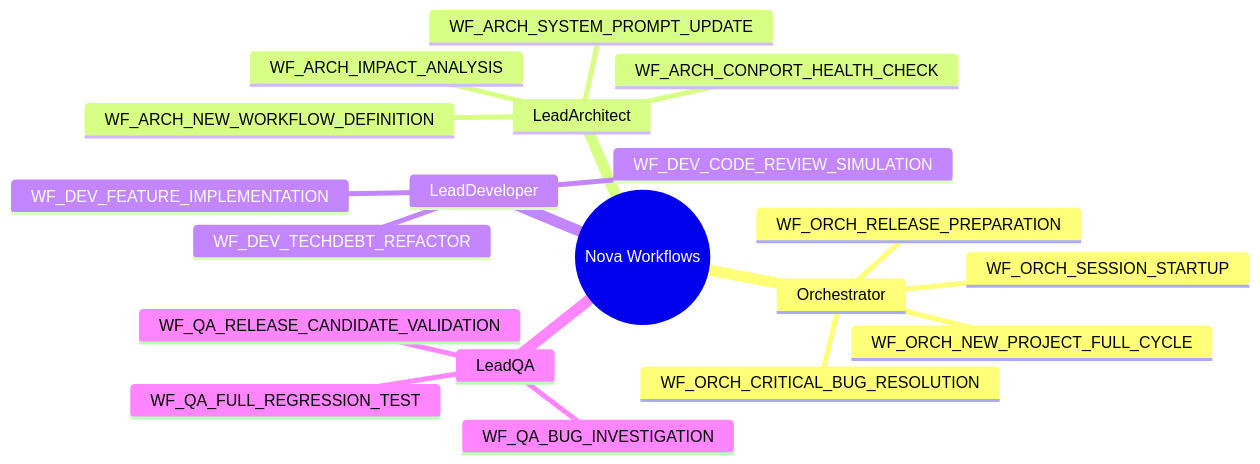
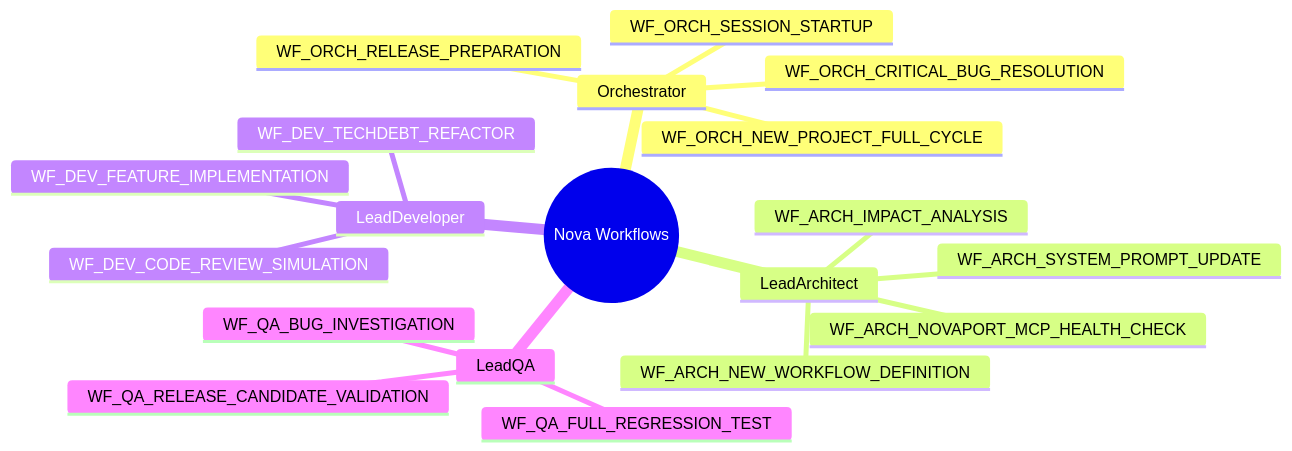
One commit to Siroopfles/NovaPort changed the fifth of 7 diagrams in NOVA_SYSTEM_ARCHITECTURE.md. Above: the diagram before and after it, drawn with Mermaid. The commit also changed other lines of this file and 46 other files, not shown here.

````diff
--- a/NOVA_SYSTEM_ARCHITECTURE.md
+++ b/NOVA_SYSTEM_ARCHITECTURE.md
@@ -180,27 +175,27 @@
 ```mermaid
 mindmap
   root((Nova Workflows))
     ::icon(fa fa-cogs)
     Orchestrator
       ::icon(fa fa-sitemap)
       WF_ORCH_NEW_PROJECT_FULL_CYCLE
       WF_ORCH_SESSION_STARTUP
       WF_ORCH_CRITICAL_BUG_RESOLUTION
       WF_ORCH_RELEASE_PREPARATION
     LeadArchitect
       ::icon(fa fa-building)
-      WF_ARCH_CONPORT_HEALTH_CHECK
+      WF_ARCH_NOVAPORT_MCP_HEALTH_CHECK
       WF_ARCH_IMPACT_ANALYSIS
       WF_ARCH_NEW_WORKFLOW_DEFINITION
       WF_ARCH_SYSTEM_PROMPT_UPDATE
     LeadDeveloper
       ::icon(fa fa-code)
       WF_DEV_FEATURE_IMPLEMENTATION
       WF_DEV_TECHDEBT_REFACTOR
       WF_DEV_CODE_REVIEW_SIMULATION
     LeadQA
       ::icon(fa fa-bug)
       WF_QA_BUG_INVESTIGATION
       WF_QA_FULL_REGRESSION_TEST
       WF_QA_RELEASE_CANDIDATE_VALIDATION
 ```
````
